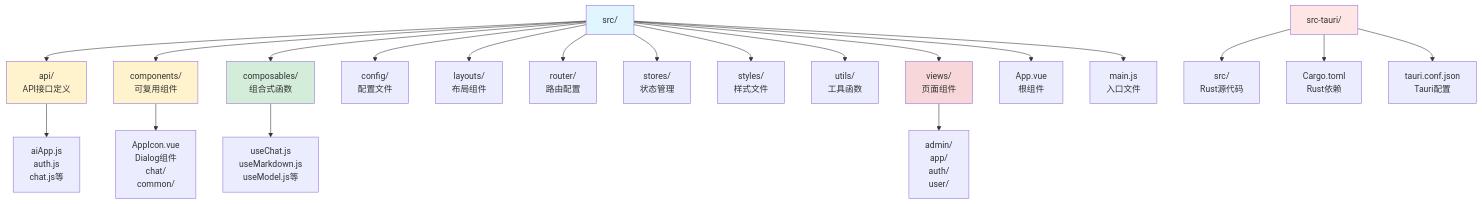
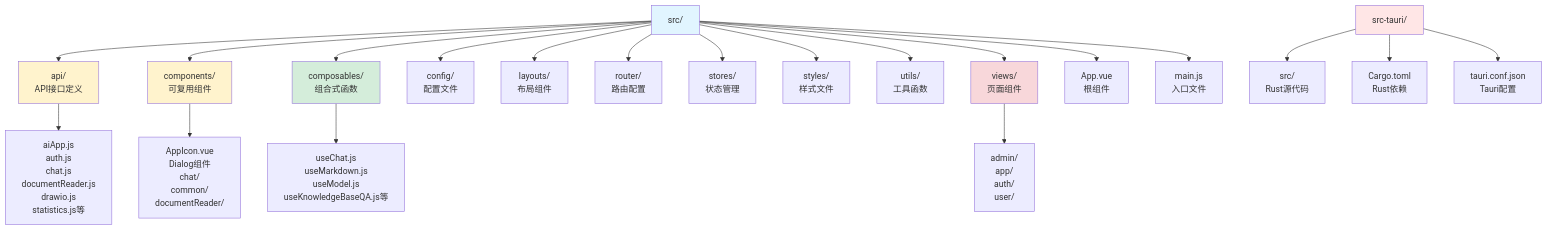
Before and after one commit to NanoAgentCode/DifyApp: the second of 3 diagrams in frontend/README-frontend.md, drawn with Mermaid. The commit also changed other lines of this file and 2 other files, not shown here.

Commit message:
新增文档解读和数据统计模块，包含文档上传、解析、问答、翻译、思维导图生成等功能

````diff
--- a/frontend/README-frontend.md
+++ b/frontend/README-frontend.md
@@ -93,31 +103,31 @@
 ```mermaid
 graph TD
     A[src/] --> B[api/<br/>API接口定义]
     A --> C[components/<br/>可复用组件]
     A --> D[composables/<br/>组合式函数]
     A --> E[config/<br/>配置文件]
     A --> F[layouts/<br/>布局组件]
     A --> G[router/<br/>路由配置]
     A --> H[stores/<br/>状态管理]
     A --> I[styles/<br/>样式文件]
     A --> J[utils/<br/>工具函数]
     A --> K[views/<br/>页面组件]
     A --> L[App.vue<br/>根组件]
     A --> M[main.js<br/>入口文件]
     
-    B --> B1[aiApp.js<br/>auth.js<br/>chat.js等]
-    C --> C1[AppIcon.vue<br/>Dialog组件<br/>chat/<br/>common/]
-    D --> D1[useChat.js<br/>useMarkdown.js<br/>useModel.js等]
+    B --> B1[aiApp.js<br/>auth.js<br/>chat.js<br/>documentReader.js<br/>drawio.js<br/>statistics.js等]
+    C --> C1[AppIcon.vue<br/>Dialog组件<br/>chat/<br/>common/<br/>documentReader/]
+    D --> D1[useChat.js<br/>useMarkdown.js<br/>useModel.js<br/>useKnowledgeBaseQA.js等]
     K --> K1[admin/<br/>app/<br/>auth/<br/>user/]
     
     N[src-tauri/] --> N1[src/<br/>Rust源代码]
     N --> N2[Cargo.toml<br/>Rust依赖]
     N --> N3[tauri.conf.json<br/>Tauri配置]
     
     style A fill:#e1f5ff
     style B fill:#fff3cd
     style C fill:#fff3cd
     style D fill:#d4edda
     style K fill:#f8d7da
     style N fill:#ffe6e6
 ```
````
